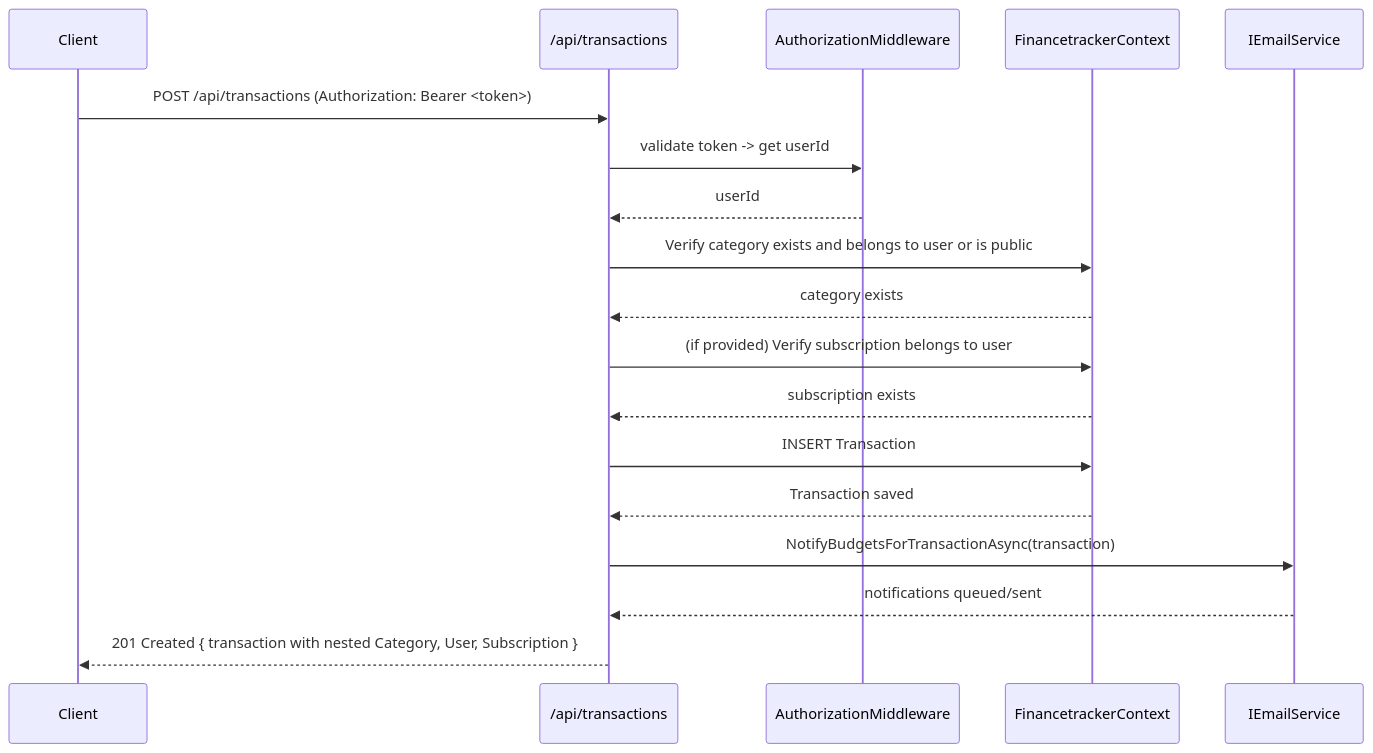
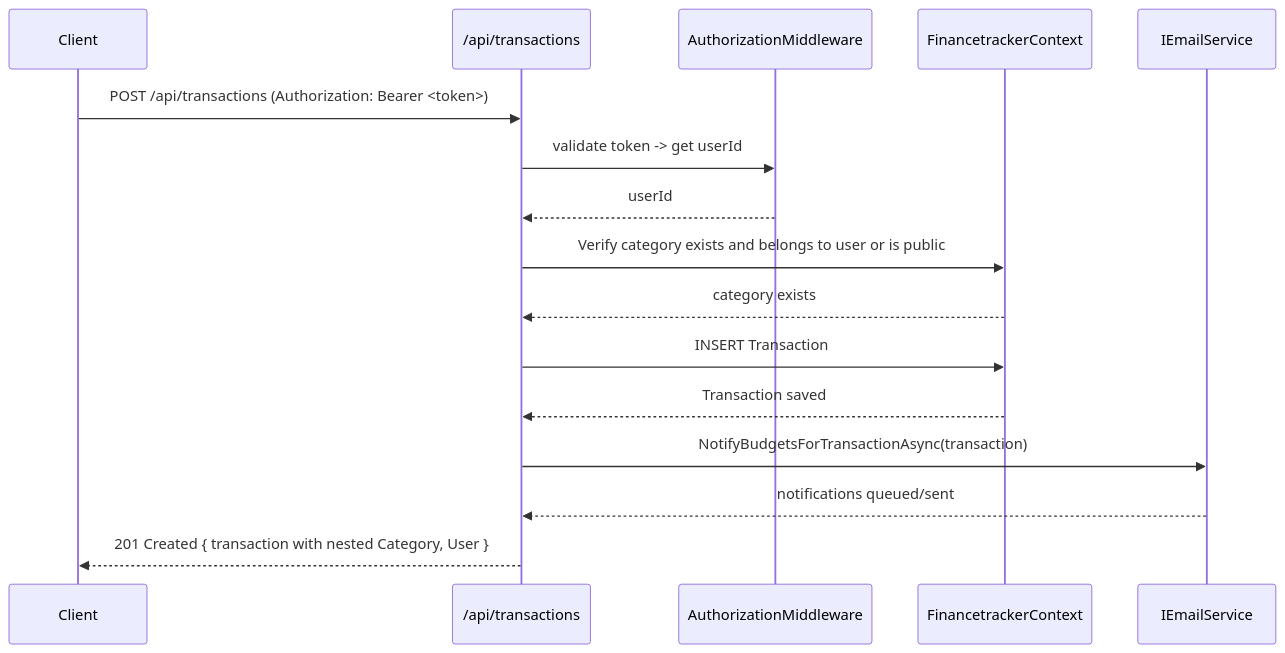
One commit to cimpa2004/financeTracker changed the diagram in docs/sequence-diagrams/transactions/diagrams/create-transaction_1.mmd. Above: the diagram before and after it, drawn with Mermaid. The commit also changed 11 other files, not shown here.

Commit message:
fixed diagrams

```diff
--- a/docs/sequence-diagrams/transactions/diagrams/create-transaction_1.mmd
+++ b/docs/sequence-diagrams/transactions/diagrams/create-transaction_1.mmd
@@ -1,19 +1,17 @@
 sequenceDiagram
     participant Client
     participant API as /api/transactions
     participant Auth as AuthorizationMiddleware
     participant Db as FinancetrackerContext
     participant Email as IEmailService
 
     Client->>API: POST /api/transactions (Authorization: Bearer <token>)
     API->>Auth: validate token -> get userId
     Auth-->>API: userId
     API->>Db: Verify category exists and belongs to user or is public
     Db-->>API: category exists
-    API->>Db: (if provided) Verify subscription belongs to user
-    Db-->>API: subscription exists
     API->>Db: INSERT Transaction
     Db-->>API: Transaction saved
     API->>Email: NotifyBudgetsForTransactionAsync(transaction)
     Email-->>API: notifications queued/sent
-    API-->>Client: 201 Created { transaction with nested Category, User, Subscription }
+    API-->>Client: 201 Created { transaction with nested Category, User }
```
